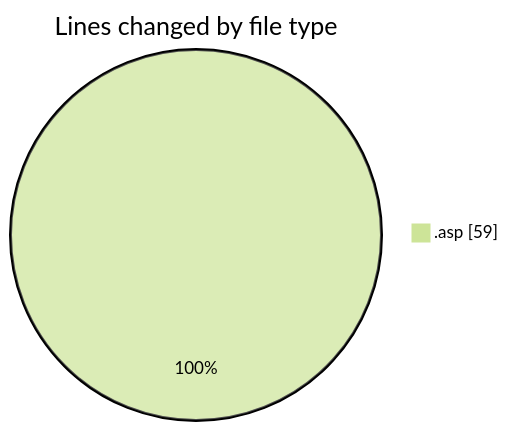
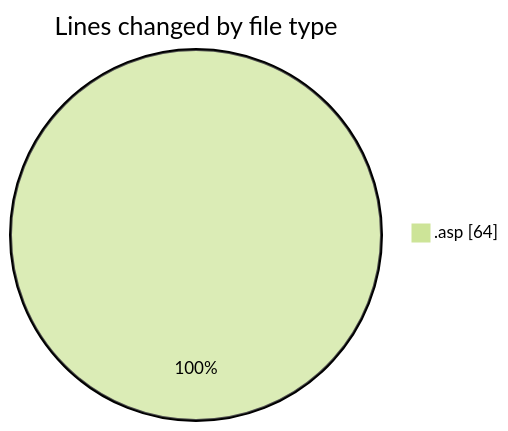
Before and after one commit to julien-gomy/code-tracking: the first of 2 diagrams in 2025-11-01/cdp_aleoudev_fr__workspace_/README.md, drawn with Mermaid (forest theme). The commit also changed other lines of this file and 1 other file, not shown here.

````diff
--- a/2025-11-01/cdp_aleoudev_fr__workspace_/README.md
+++ b/2025-11-01/cdp_aleoudev_fr__workspace_/README.md
@@ -23,5 +23,5 @@
 ```mermaid
 pie showData
 title Lines changed by file type
-".asp" : 59
+".asp" : 64
 ```
````
